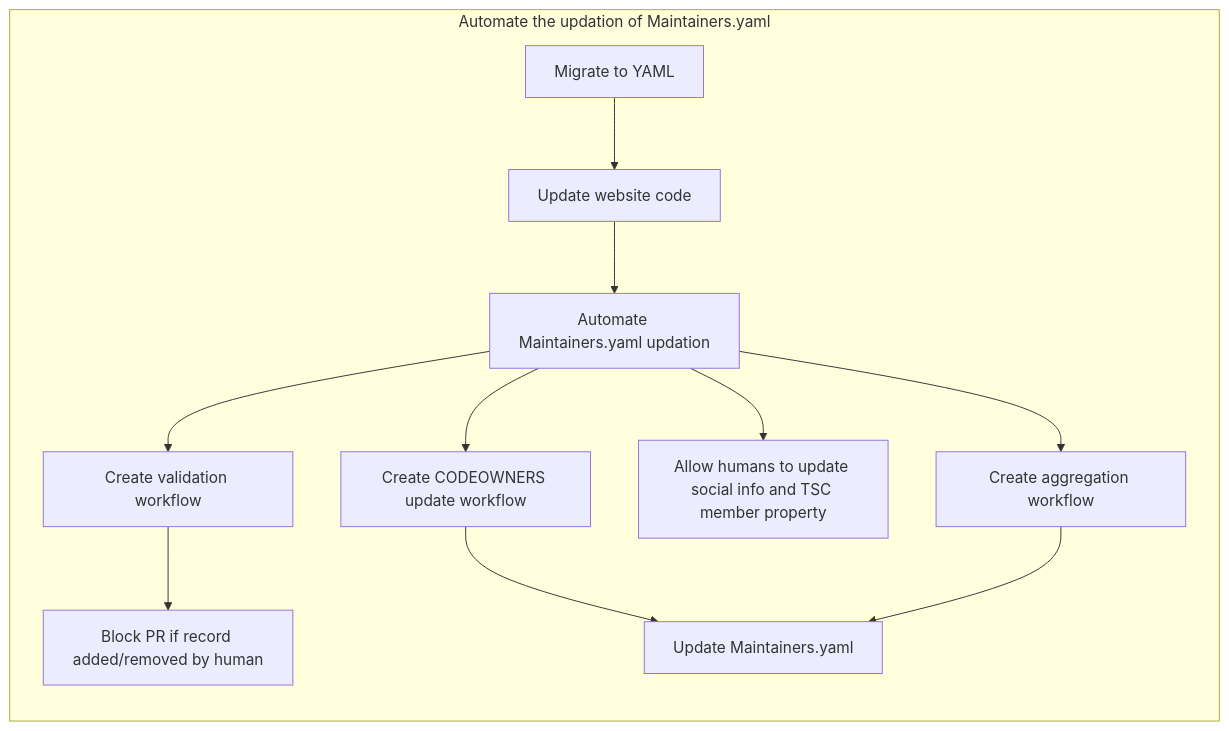
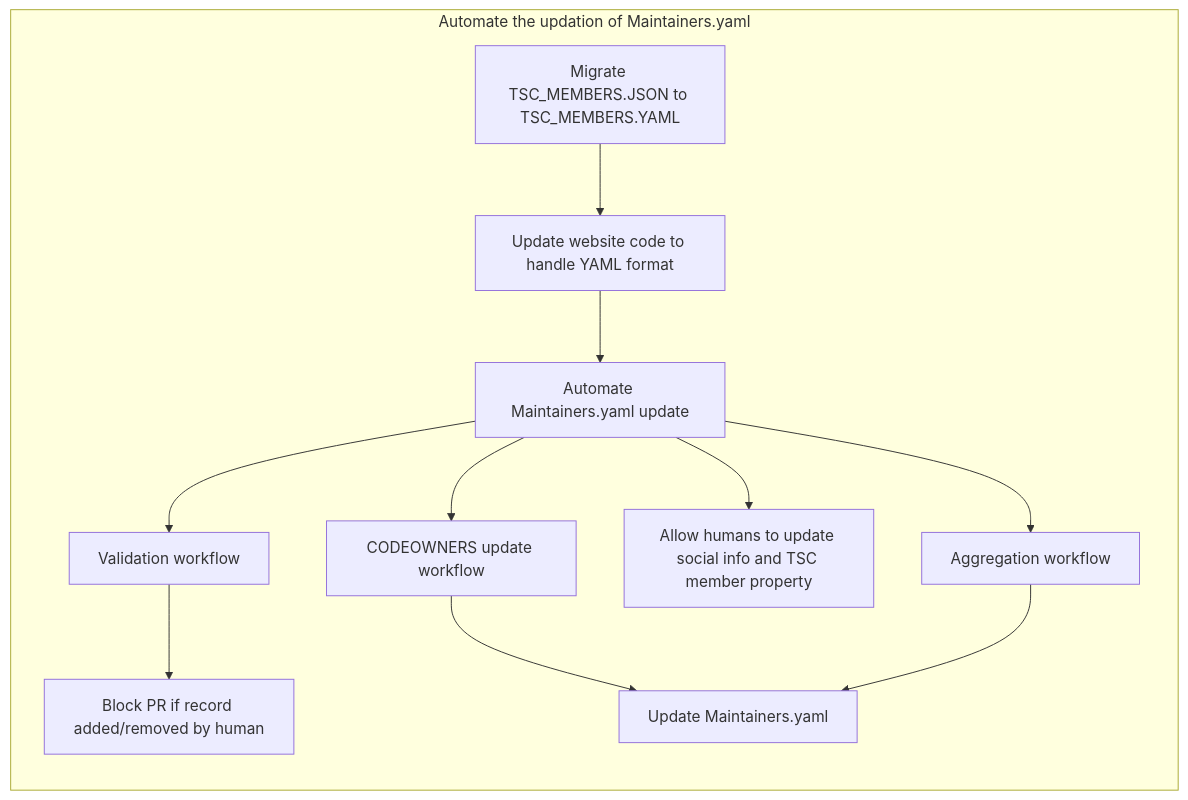
One commit to asyncapi/community changed the first of 12 diagrams in mentorship/summerofcode/2023/workflowautomation/README.md. Above: the diagram before and after it, drawn with Mermaid.

Commit message:
minor fixes flowchart

````diff
--- a/mentorship/summerofcode/2023/workflowautomation/README.md
+++ b/mentorship/summerofcode/2023/workflowautomation/README.md
@@ -11,15 +11,15 @@
 ```mermaid
 graph LR;
  subgraph Automate the updation of Maintainers.yaml
 
-    A[Migrate to YAML] --> B[Update website code];
-    B --> C[Automate Maintainers.yaml updation];
-    C --> D[Create validation workflow];
-    C --> E[Create CODEOWNERS update workflow];
+    A[Migrate TSC_MEMBERS.JSON to TSC_MEMBERS.YAML] --> B[Update website code to handle YAML format];
+    B --> C[Automate Maintainers.yaml update];
+    C --> D[Validation workflow];
+    C --> E[CODEOWNERS update workflow];
     C --> F[Allow humans to update social info and TSC member property];
-    C --> G[Create aggregation workflow];
+    C --> G[Aggregation workflow];
     D --> H[Block PR if record added/removed by human];
     E --> I[Update Maintainers.yaml];
     G --> I;
     end;
 ```
````
